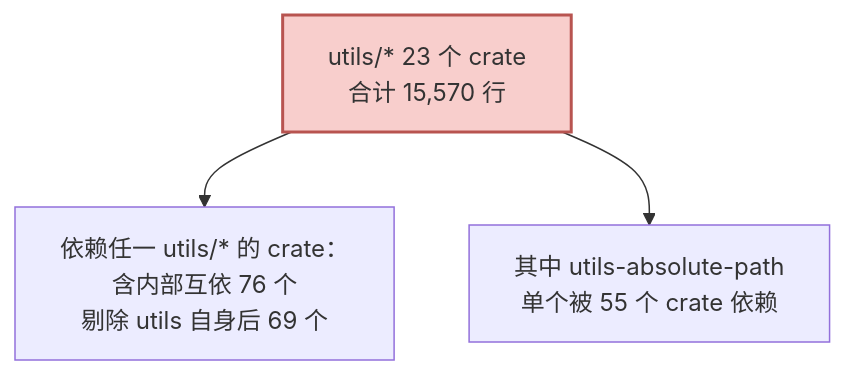
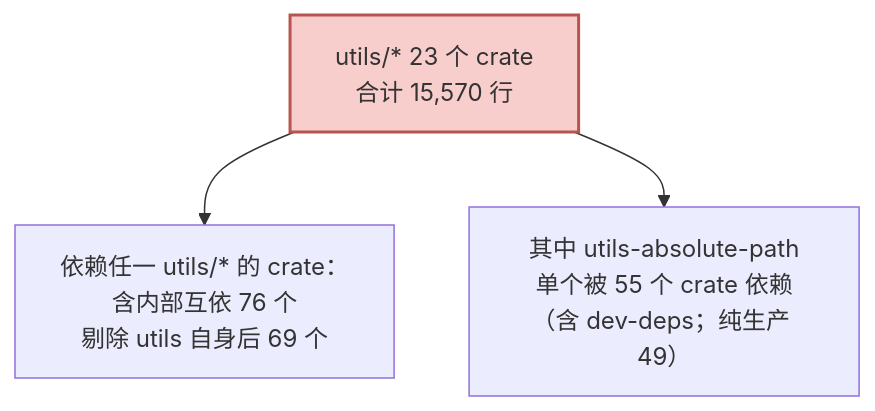
The fourth of 9 diagrams in dev_docs/learn/22-load-bearing-and-cuts.md (zibuyu2015831/codex), drawn with Mermaid before and after one commit. The commit also changed other lines of this file and 15 other files, not shown here.

First line of the commit message:
docs(learn): 深入复核与补全 — 修 1 处承重级错误 + 新增 6 篇（模型客户端/配置/补丁与执行策略/动手/测试/Rust 地图）

````diff
--- a/dev_docs/learn/22-load-bearing-and-cuts.md
+++ b/dev_docs/learn/22-load-bearing-and-cuts.md
@@ -131,8 +131,8 @@
 ```mermaid
 graph TD
     U["utils/* 23 个 crate<br/>合计 15,570 行"]
     U --> N1["依赖任一 utils/* 的 crate：<br/>含内部互依 76 个<br/>剔除 utils 自身后 69 个"]
-    U --> N2["其中 utils-absolute-path<br/>单个被 55 个 crate 依赖"]
+    U --> N2["其中 utils-absolute-path<br/>单个被 55 个 crate 依赖<br/>（含 dev-deps；纯生产 49）"]
 
     style U fill:#f8cecc,stroke:#b85450,stroke-width:2px
 ```
````
